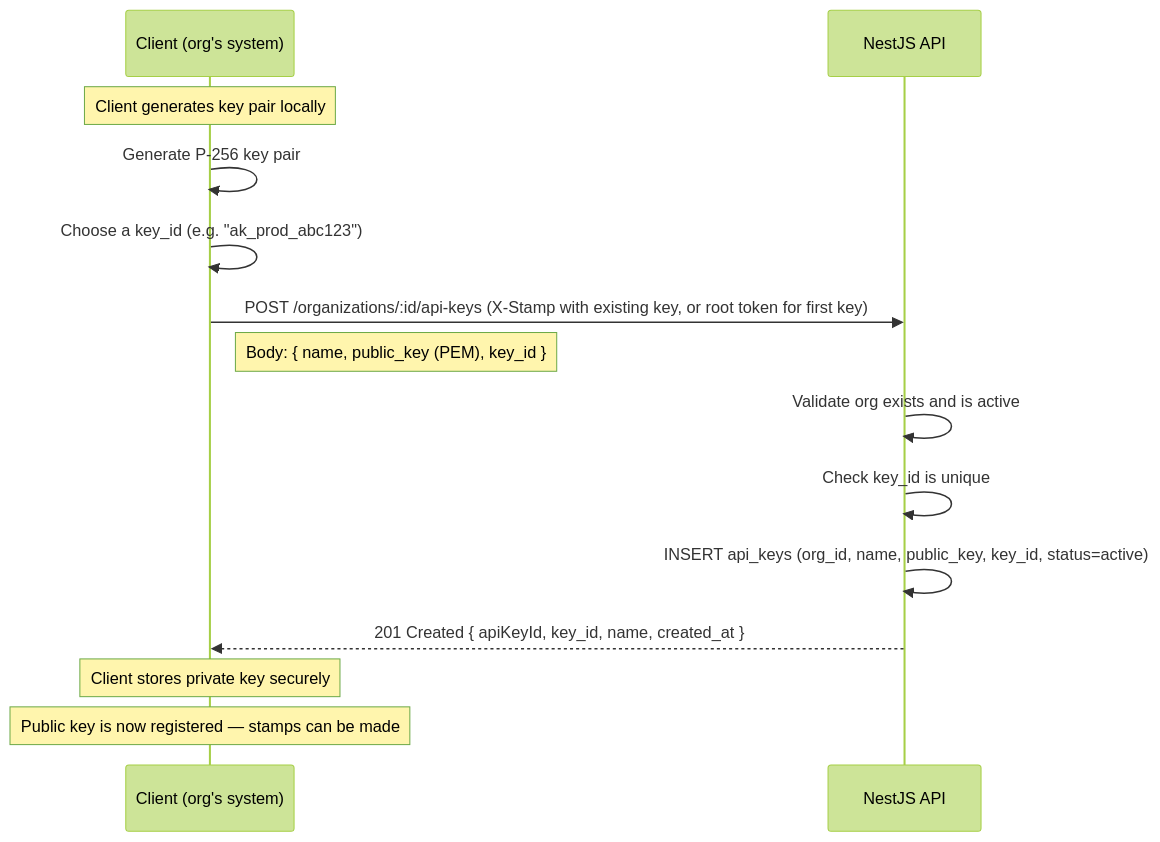
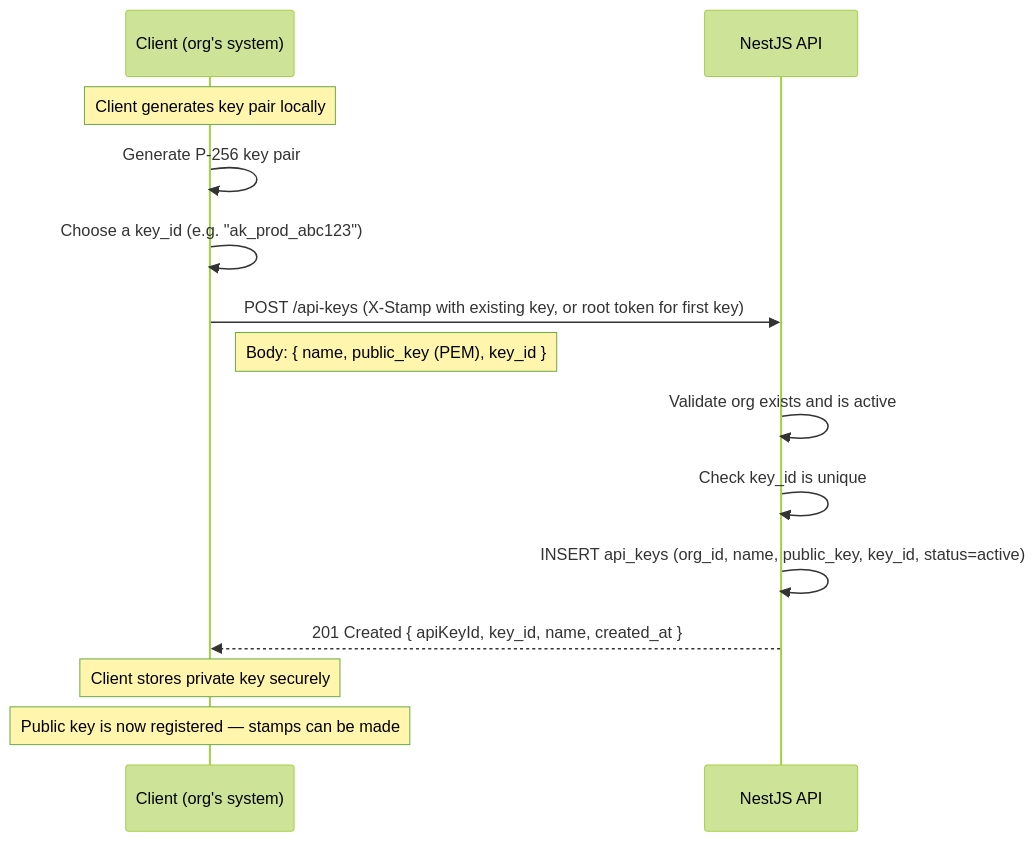
The first of 4 diagrams in docs/STAMP_AUTH.md (sg-milad/BrokeTurnkey), drawn with Mermaid (forest theme) before and after one commit. The commit also changed other lines of this file and 3 other files, not shown here.

````diff
--- a/docs/STAMP_AUTH.md
+++ b/docs/STAMP_AUTH.md
@@ -174,20 +174,20 @@
 ```mermaid
 sequenceDiagram
     participant Client as Client (org's system)
     participant API as NestJS API
 
     note over Client: Client generates key pair locally
     Client->>Client: Generate P-256 key pair
     Client->>Client: Choose a key_id (e.g. "ak_prod_abc123")
 
-    Client->>API: POST /organizations/:id/api-keys (X-Stamp with existing key, or root token for first key)
+    Client->>API: POST /api-keys (X-Stamp with existing key, or root token for first key)
     note right of Client: Body: { name, public_key (PEM), key_id }
 
     API->>API: Validate org exists and is active
     API->>API: Check key_id is unique
     API->>API: INSERT api_keys (org_id, name, public_key, key_id, status=active)
     API-->>Client: 201 Created { apiKeyId, key_id, name, created_at }
 
     note over Client: Client stores private key securely
     note over Client: Public key is now registered — stamps can be made
 ```
````
